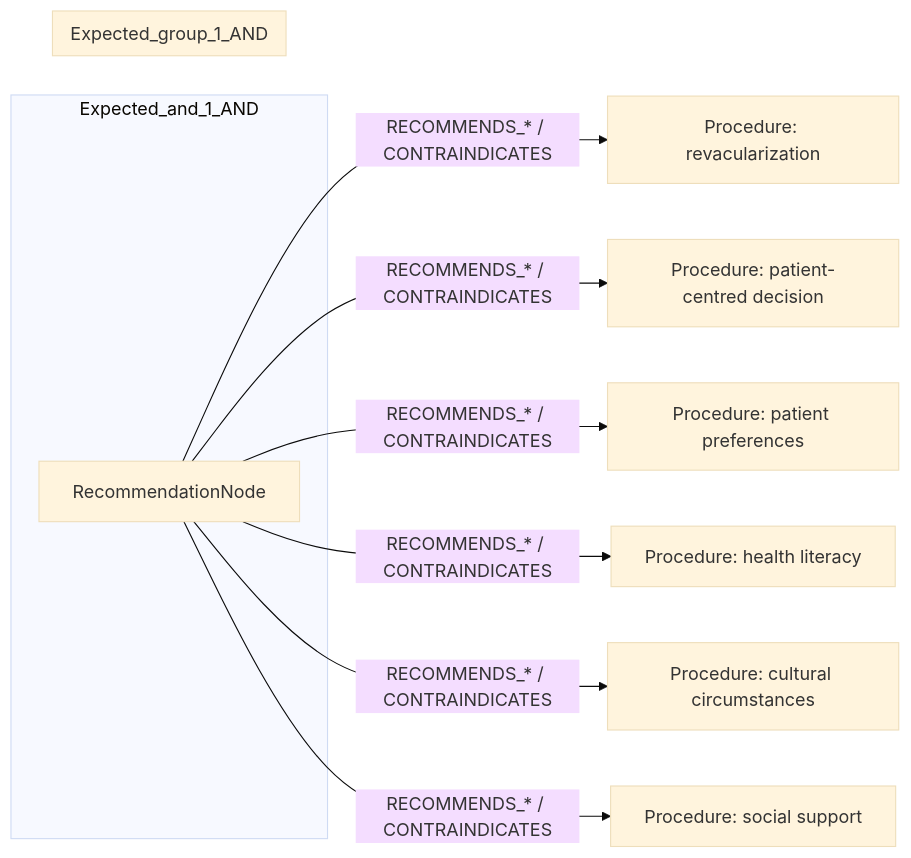
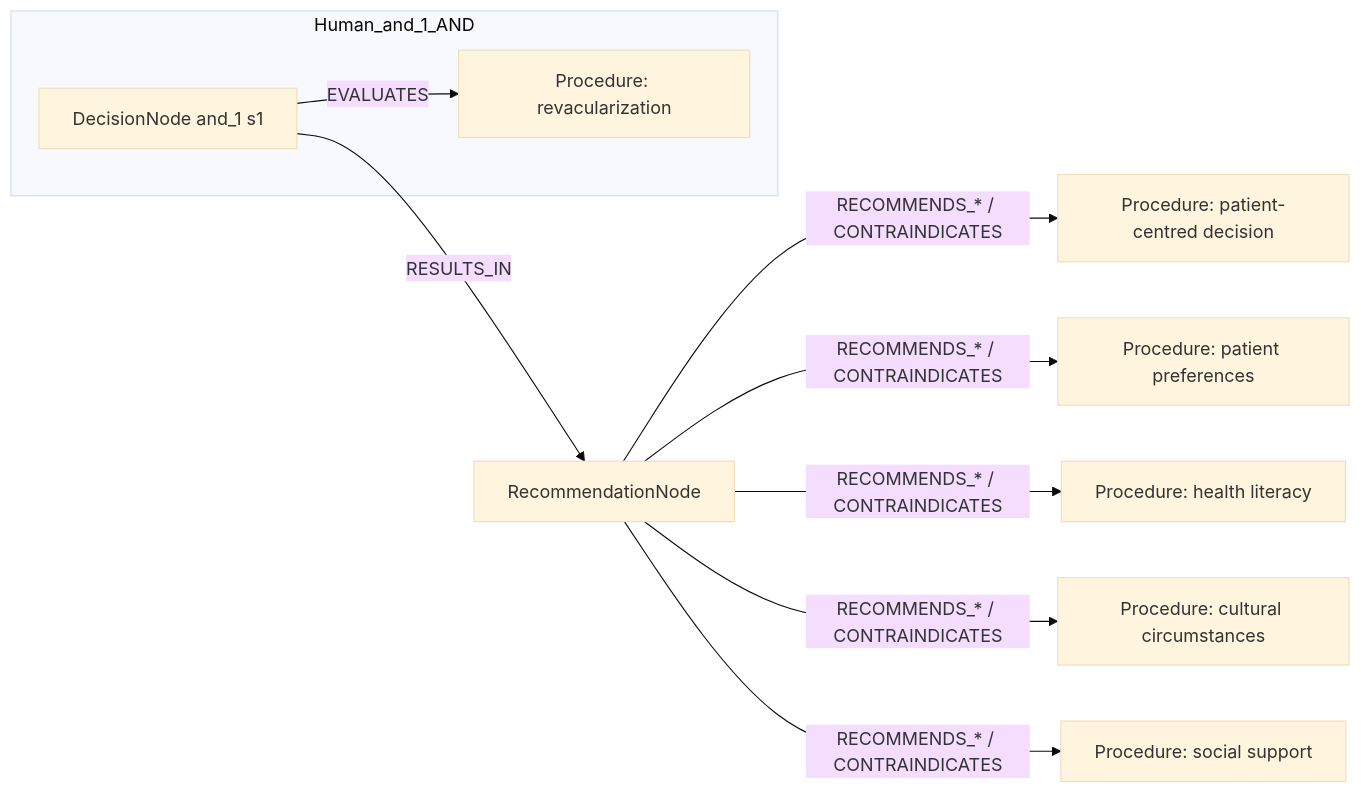
The first of 2 diagrams in docs/table22_rows/row_04.md (dieterich-lab/CardioGuidelinesGraph), drawn with Mermaid (base theme) before and after one commit. The commit also changed other lines of this file and 18 other files, not shown here.

Commit message:
Adjust mermaid for conditions/actions

````diff
--- a/docs/table22_rows/row_04.md
+++ b/docs/table22_rows/row_04.md
@@ -195,22 +195,20 @@
 ```mermaid
 graph LR
   REC[RecommendationNode]
-  ACT1[Procedure: revacularization]
+  ACT1[Procedure: patient-centred decision]
   REC -->|RECOMMENDS_* / CONTRAINDICATES| ACT1
-  ACT2[Procedure: patient-centred decision]
+  ACT2[Procedure: patient preferences]
   REC -->|RECOMMENDS_* / CONTRAINDICATES| ACT2
-  ACT3[Procedure: patient preferences]
+  ACT3[Procedure: health literacy]
   REC -->|RECOMMENDS_* / CONTRAINDICATES| ACT3
-  ACT4[Procedure: health literacy]
+  ACT4[Procedure: cultural circumstances]
   REC -->|RECOMMENDS_* / CONTRAINDICATES| ACT4
-  ACT5[Procedure: cultural circumstances]
+  ACT5[Procedure: social support]
   REC -->|RECOMMENDS_* / CONTRAINDICATES| ACT5
-  ACT6[Procedure: social support]
-  REC -->|RECOMMENDS_* / CONTRAINDICATES| ACT6
-  subgraph Expected_and_1_AND
-    REC
+  subgraph Human_and_1_AND
+    D_and_1_1[DecisionNode and_1 s1]
+    C_and_1_1[Procedure: revacularization]
+    D_and_1_1 -->|EVALUATES| C_and_1_1
   end
-  subgraph Expected_group_1_AND
-    REC
-  end
+  D_and_1_1 -->|RESULTS_IN| REC
 ```
````
